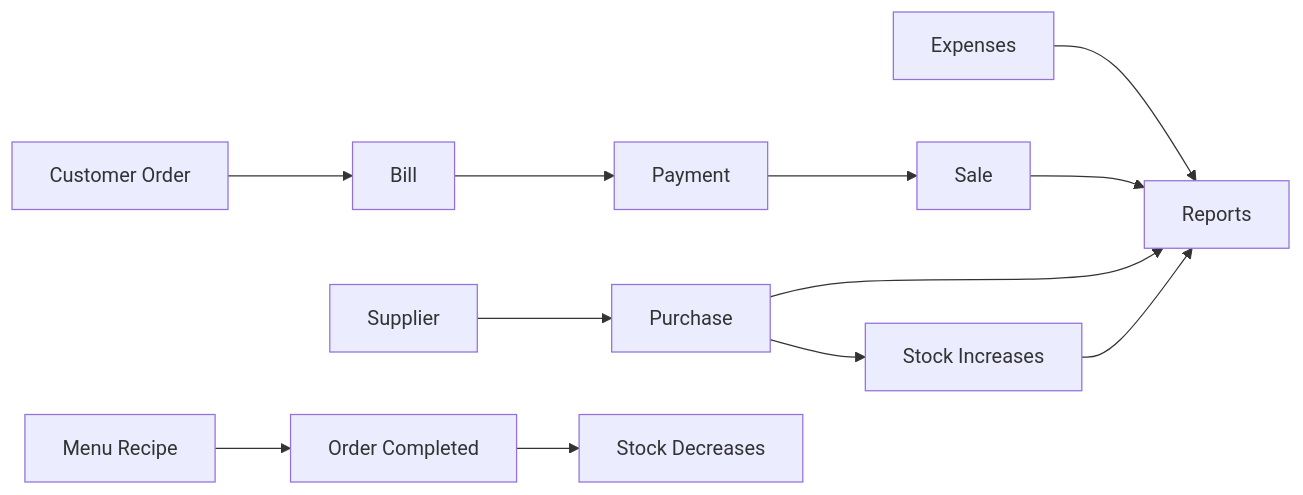
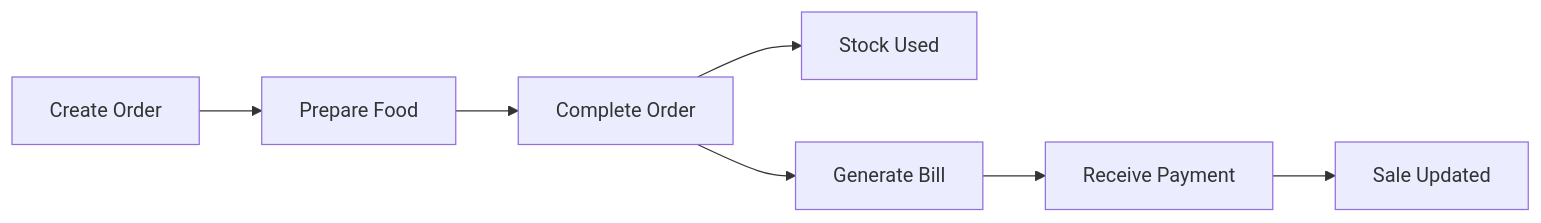
The first of 10 diagrams in docs/RESTAURANT_OWNER_GUIDE.md (mohanmaali-dev/Hotel-Anmol-ONE-Frontent), drawn with Mermaid before and after one commit. The commit also changed other lines of this file and 27 other files, not shown here.

````diff
--- a/docs/RESTAURANT_OWNER_GUIDE.md
+++ b/docs/RESTAURANT_OWNER_GUIDE.md
@@ -9,17 +17,9 @@
 ```mermaid
 flowchart LR
-    A[Customer Order] --> B[Bill]
-    B --> C[Payment]
-    C --> D[Sale]
-
-    E[Supplier] --> F[Purchase]
-    F --> G[Stock Increases]
-
-    H[Menu Recipe] --> I[Order Completed]
-    I --> J[Stock Decreases]
-
-    K[Expenses] --> L[Reports]
-    D --> L
-    F --> L
-    G --> L
+    A[Create Order] --> B[Prepare Food]
+    B --> C[Complete Order]
+    C --> D[Stock Used]
+    C --> E[Generate Bill]
+    E --> F[Receive Payment]
+    F --> G[Sale Updated]
 ```
````
